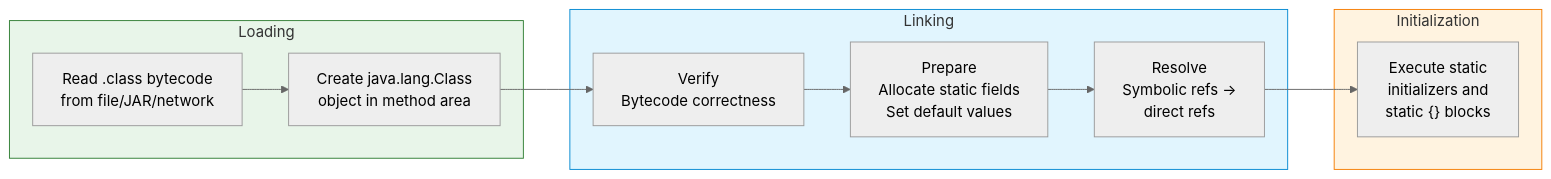
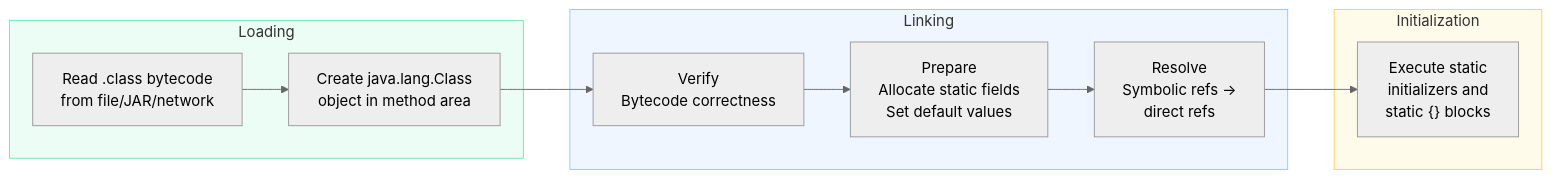
The third of 4 diagrams in docs/java/ClassLoaders.md (saivamsikaruturi/vamsilabs-dev-notes-main), drawn with Mermaid (neutral theme) before and after one commit. The commit also changed other lines of this file and 220 other files, not shown here.

First line of the commit message:
Add 50+ new Java/Spring Boot pages, rewrite CSS code blocks to Oracle style, fix all diagram colors

````diff
--- a/docs/java/ClassLoaders.md
+++ b/docs/java/ClassLoaders.md
@@ -124,21 +124,21 @@
 ```mermaid
 flowchart LR
     subgraph Loading
         L1["Read .class bytecode<br/>from file/JAR/network"]
         L2["Create java.lang.Class<br/>object in method area"]
     end
     subgraph Linking
         V["Verify<br/>Bytecode correctness"]
         P["Prepare<br/>Allocate static fields<br/>Set default values"]
         R["Resolve<br/>Symbolic refs → <br/>direct refs"]
     end
     subgraph Init["Initialization"]
         I["Execute static<br/>initializers and<br/>static {} blocks"]
     end
 
     L1 --> L2 --> V --> P --> R --> I
 
-    style Loading fill:#e8f5e9,stroke:#2e7d32
-    style Linking fill:#e1f5fe,stroke:#0288d1
-    style Init fill:#fff3e0,stroke:#f57c00
+    style Loading fill:#ECFDF5,stroke:#6EE7B7
+    style Linking fill:#EFF6FF,stroke:#93C5FD
+    style Init fill:#FFFBEB,stroke:#FCD34D
 ```
````
